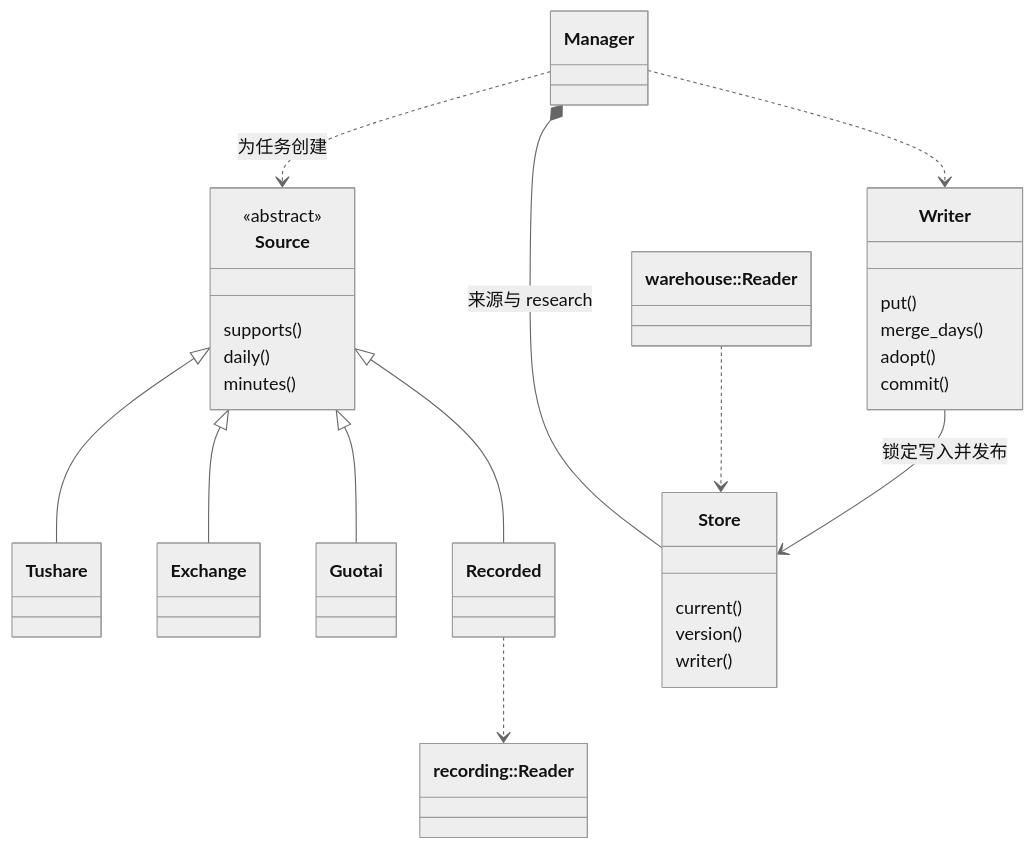
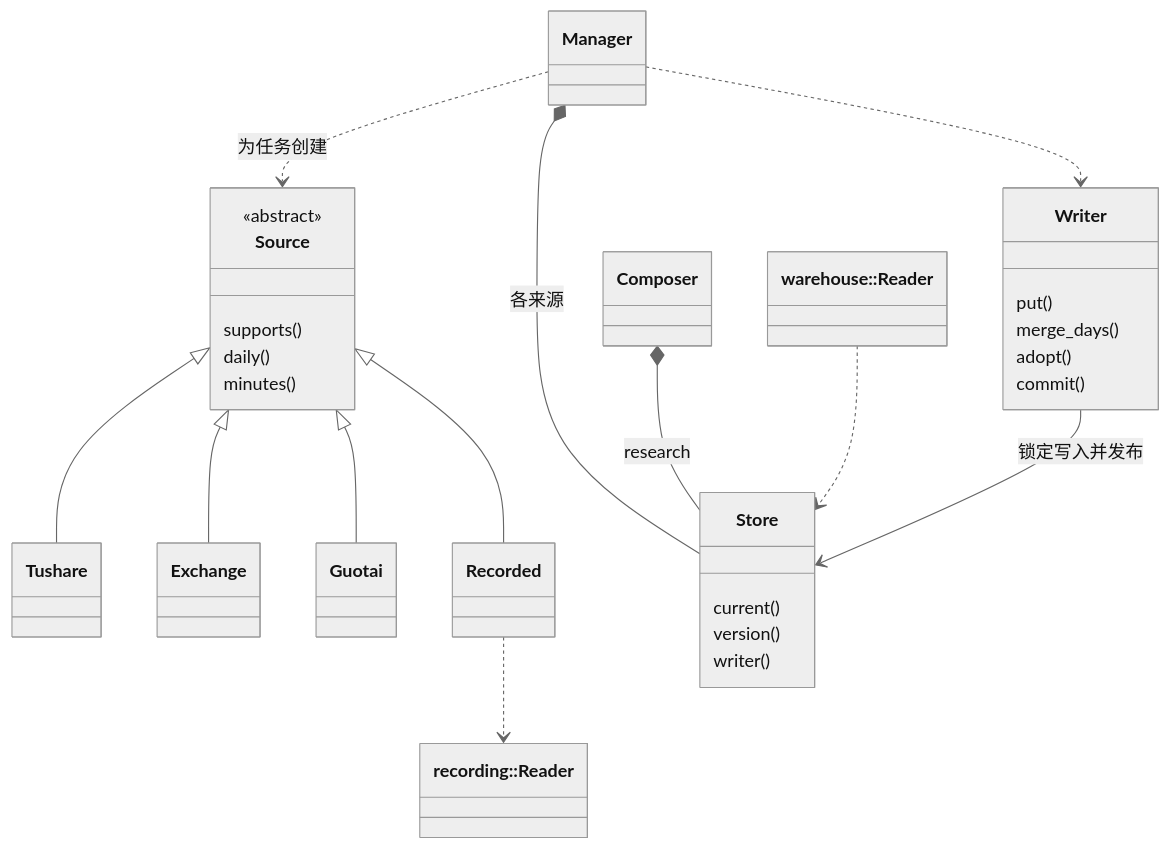
The third of 5 diagrams in docs/market/architecture.md (isqiwen/asterion-terminal), drawn with Mermaid (neutral theme) before and after one commit. The commit also changed other lines of this file and 12 other files, not shown here.

````diff
--- a/docs/market/architecture.md
+++ b/docs/market/architecture.md
@@ -104,37 +106,38 @@
 ```mermaid
 classDiagram
     class Manager
     class Source {
         <<abstract>>
         supports()
         daily()
         minutes()
     }
     class Tushare
     class Exchange
     class Guotai
     class Recorded
     class RecordingReader["recording::Reader"]
     class WarehouseReader["warehouse::Reader"]
     class Store {
         current()
         version()
         writer()
     }
     class Writer {
         put()
         merge_days()
         adopt()
         commit()
     }
     Source <|-- Tushare
     Source <|-- Exchange
     Source <|-- Guotai
     Source <|-- Recorded
     Manager ..> Source : 为任务创建
-    Manager *-- Store : 来源与 research
+    Manager *-- Store : 各来源
+    Composer *-- Store : research
     Manager ..> Writer
     Recorded ..> RecordingReader
     WarehouseReader ..> Store
     Writer --> Store : 锁定写入并发布
 ```
````
